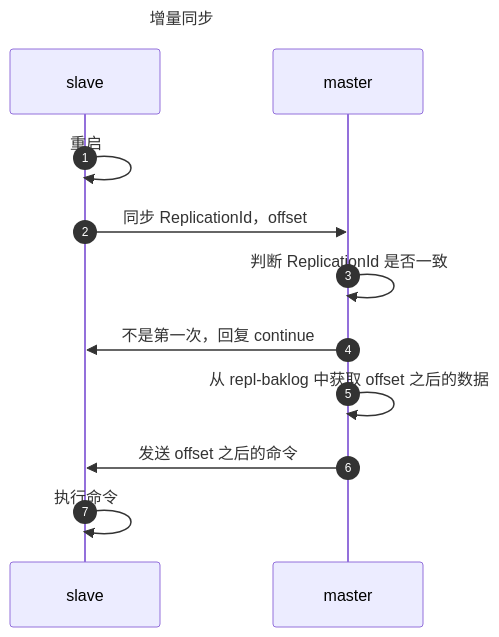
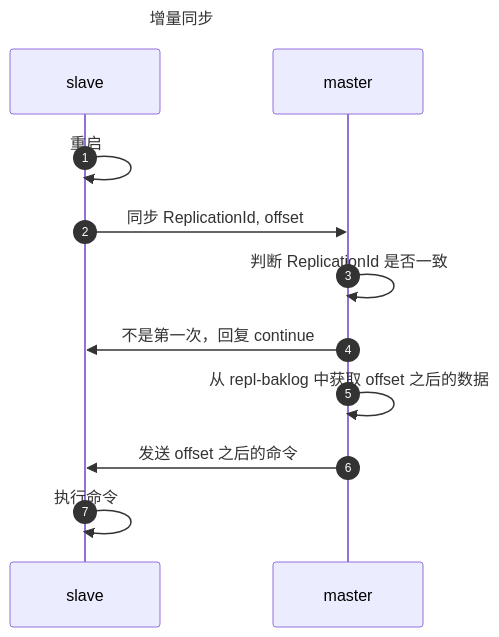
The second of 2 diagrams in docs/1. 数据库/2024-09-04-Redis 详解.md (dingyuqi/keep-it-simple-site), drawn with Mermaid before and after one commit. The commit also changed other lines of this file and 112 other files, not shown here.

````diff
--- a/docs/1. 数据库/2024-09-04-Redis 详解.md
+++ b/docs/1. 数据库/2024-09-04-Redis 详解.md
@@ -149,14 +149,14 @@
 ``` mermaid
 ---
 title: 增量同步
 ---
 sequenceDiagram
     autonumber
     slave->>slave: 重启
-    slave->>master: 同步 ReplicationId，offset
+    slave->>master: 同步 ReplicationId, offset
     master->>master: 判断 ReplicationId 是否一致
     master->>slave: 不是第一次，回复 continue
     master->>master: 从 repl-baklog 中获取 offset 之后的数据
     master->>slave: 发送 offset 之后的命令
     slave->>slave: 执行命令
 ```
````
